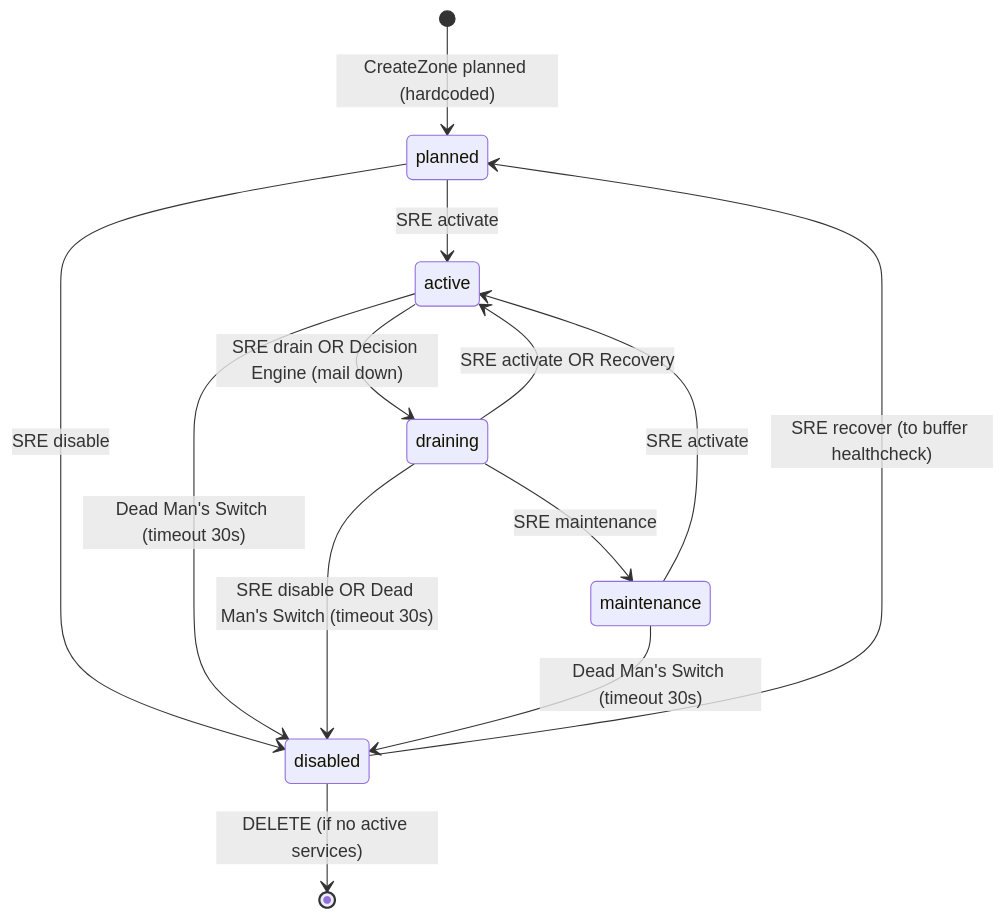
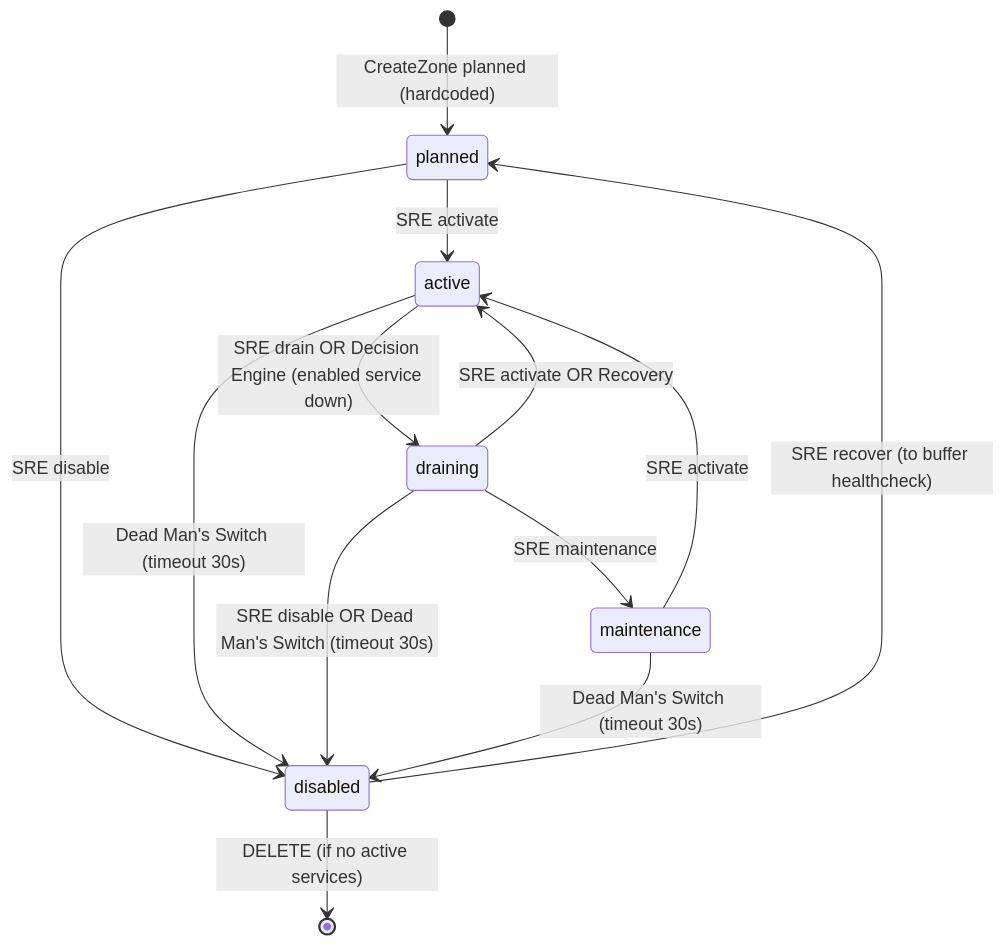
The first of 21 diagrams in god_view/hierarchy/zone_lifecycle_god_view.md (phucle996/aurora), drawn with Mermaid before and after one commit. The commit also changed other lines of this file and 24 other files, not shown here.

````diff
--- a/god_view/hierarchy/zone_lifecycle_god_view.md
+++ b/god_view/hierarchy/zone_lifecycle_god_view.md
@@ -60,19 +60,19 @@
 ```mermaid
 stateDiagram-v2
     [*] --> planned : CreateZone planned (hardcoded)
     planned --> active : SRE activate
     planned --> disabled : SRE disable
     
-    active --> draining : SRE drain OR Decision Engine (mail down)
+    active --> draining : SRE drain OR Decision Engine (enabled service down)
     active --> disabled : Dead Man's Switch (timeout 30s)
     
     draining --> active : SRE activate OR Recovery
     draining --> maintenance : SRE maintenance
     draining --> disabled : SRE disable OR Dead Man's Switch (timeout 30s)
     
     maintenance --> active : SRE activate
     maintenance --> disabled : Dead Man's Switch (timeout 30s)
     
     disabled --> planned : SRE recover (to buffer healthcheck)
     disabled --> [*] : DELETE (if no active services)
 ```
````
